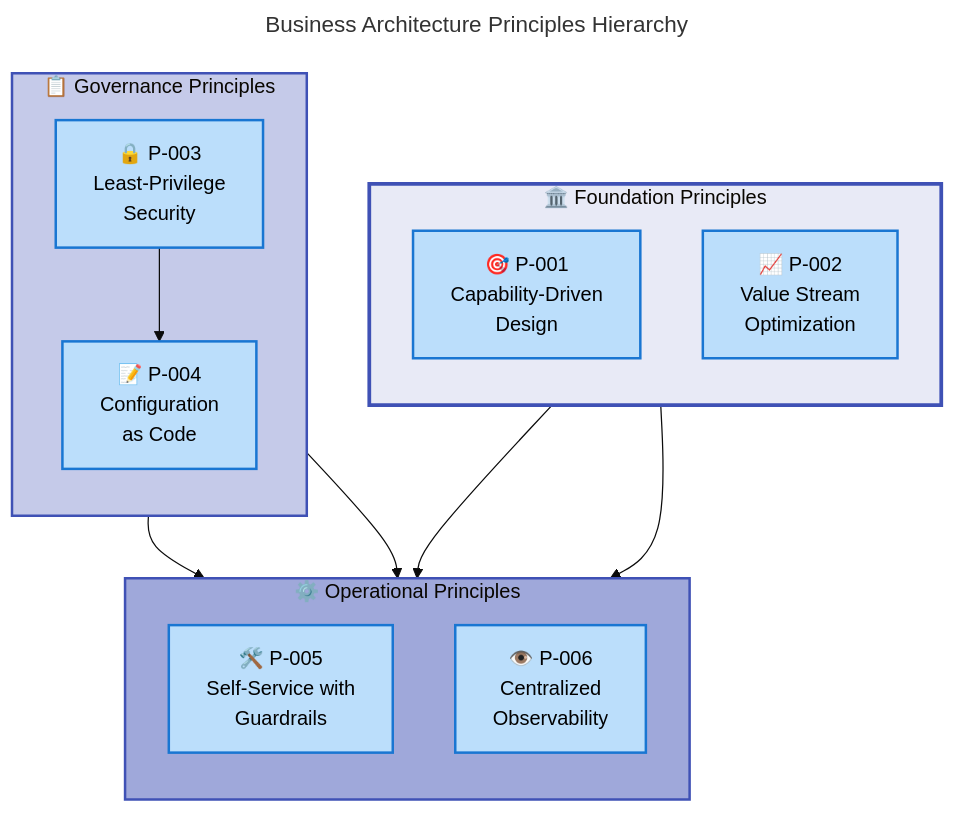
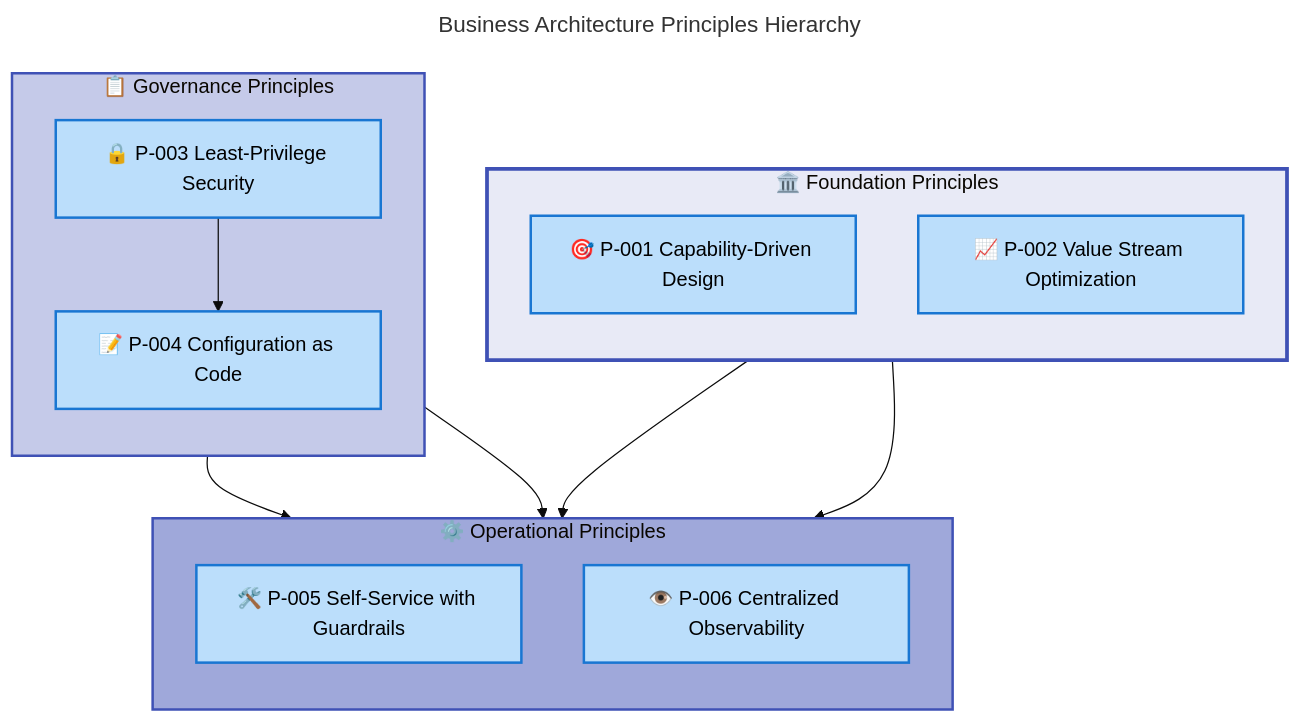
Before and after one commit to Evilazaro/DevExp-DevBox: the third of 5 diagrams in docs/Business-Architecture-BDAT.md, drawn with Mermaid. The commit also changed other lines of this file, not shown here.

Commit message:
Refine Business Architecture Document flowcharts with updated color schemes and improved accessibility for enhanced clarity and visual consistency

````diff
--- a/docs/Business-Architecture-BDAT.md
+++ b/docs/Business-Architecture-BDAT.md
@@ -524,45 +536,51 @@
 ```mermaid
 ---
 title: Business Architecture Principles Hierarchy
 config:
   theme: base
   flowchart:
     htmlLabels: false
 ---
 flowchart TD
     accTitle: Principles Hierarchy showing relationships between architectural principles
     accDescr: Hierarchical structure of business architecture principles with dependencies
 
-    %% Color scheme
-    classDef level1 fill:#E8EAF6,stroke:#3F51B5,stroke-width:3px,color:#000
-    classDef level2 fill:#C5CAE9,stroke:#3F51B5,stroke-width:2px,color:#000
-    classDef principle fill:#BBDEFB,stroke:#1976D2,stroke-width:2px,color:#000
+    %% STANDARD COLOR SCHEME v2.1 - Material Design 3
+    %% Hierarchical Colors (Structural Nesting)
+    classDef level1Group fill:#E8EAF6,stroke:#3F51B5,stroke-width:3px,color:#000
+    classDef level2Group fill:#C5CAE9,stroke:#3F51B5,stroke-width:2px,color:#000
+    classDef level3Group fill:#9FA8DA,stroke:#3F51B5,stroke-width:2px,color:#000
+
+    %% Semantic Colors (Functional Content)
+    classDef mdBlue fill:#BBDEFB,stroke:#1976D2,stroke-width:2px,color:#000
 
     subgraph foundation["🏛️ Foundation Principles"]
         direction TB
-        p1["🎯 P-001<br/>Capability-Driven<br/>Design"]:::principle
-        p2["📈 P-002<br/>Value Stream<br/>Optimization"]:::principle
+        p1["🎯 P-001 Capability-Driven Design"]:::mdBlue
+        p2["📈 P-002 Value Stream Optimization"]:::mdBlue
     end
 
     subgraph governance["📋 Governance Principles"]
         direction TB
-        p3["🔒 P-003<br/>Least-Privilege<br/>Security"]:::principle
-        p4["📝 P-004<br/>Configuration<br/>as Code"]:::principle
+        p3["🔒 P-003 Least-Privilege Security"]:::mdBlue
+        p4["📝 P-004 Configuration as Code"]:::mdBlue
     end
 
     subgraph operational["⚙️ Operational Principles"]
         direction TB
-        p5["🛠️ P-005<br/>Self-Service with<br/>Guardrails"]:::principle
-        p6["👁️ P-006<br/>Centralized<br/>Observability"]:::principle
+        p5["🛠️ P-005 Self-Service with Guardrails"]:::mdBlue
+        p6["👁️ P-006 Centralized Observability"]:::mdBlue
     end
 
     p1 --> p5
     p2 --> p5
     p3 --> p4
     p4 --> p5
     p4 --> p6
 
     style foundation fill:#E8EAF6,stroke:#3F51B5,stroke-width:3px
     style governance fill:#C5CAE9,stroke:#3F51B5,stroke-width:2px
     style operational fill:#9FA8DA,stroke:#3F51B5,stroke-width:2px
+
+    %% Accessibility: WCAG AA verified (4.5:1 contrast ratio)
 ```
````
